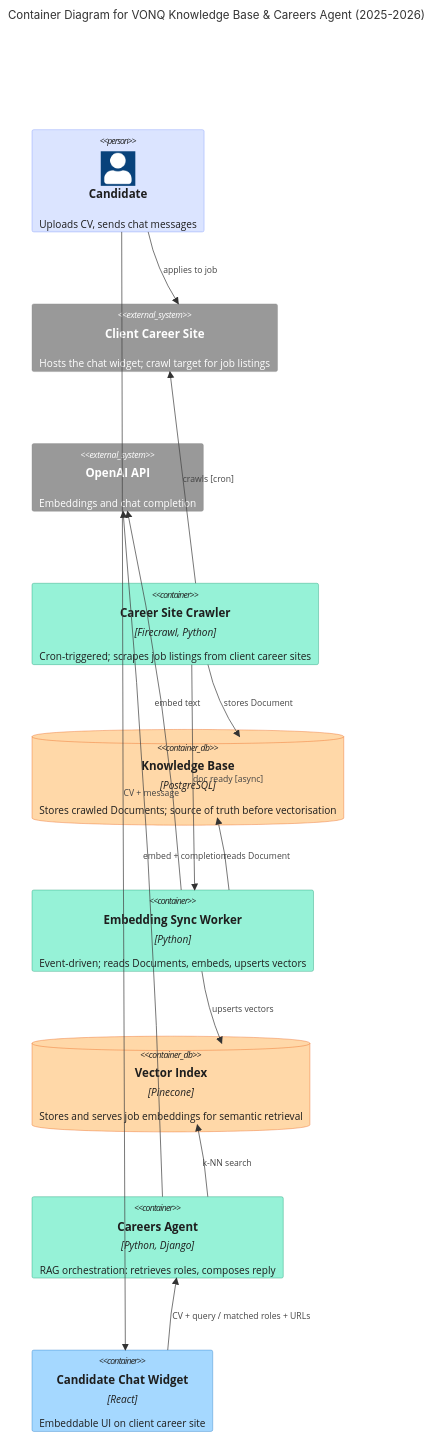
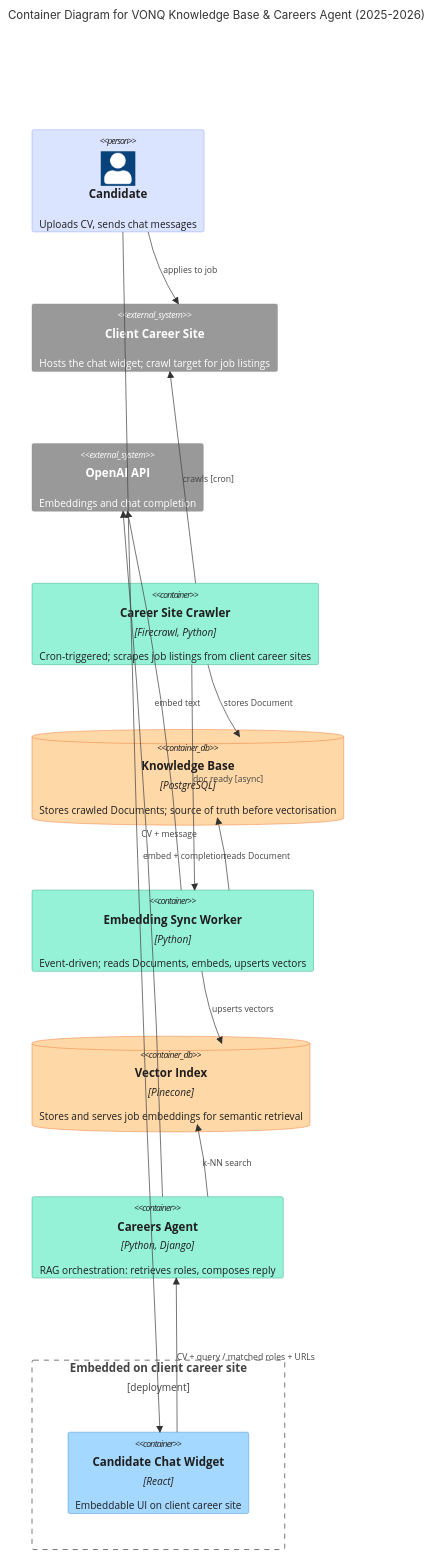
One commit to cmin764/portfolio changed the diagram in src/diagrams/vonq-knowledge-base.md. Above: the diagram before and after it, drawn with Mermaid. The commit also changed other lines of this file and 1 other file, not shown here.

First line of the commit message:
Add Boundary wrappers to TrueStory and Knowledge Base Mermaid sources

````diff
--- a/src/diagrams/vonq-knowledge-base.md
+++ b/src/diagrams/vonq-knowledge-base.md
@@ -29,39 +31,41 @@
 ```mermaid
 C4Container
   title Container Diagram for VONQ Knowledge Base & Careers Agent (2025-2026)
 
   UpdateLayoutConfig($c4ShapeInRow="3", $c4BoundaryInRow="1")
 
   Person(candidate, "Candidate", "Uploads CV, sends chat messages")
 
   System_Ext(clientSite, "Client Career Site", "Hosts the chat widget; crawl target for job listings")
   System_Ext(openai, "OpenAI API", "Embeddings and chat completion")
 
   Container(crawler, "Career Site Crawler", "Firecrawl, Python", "Cron-triggered; scrapes job listings from client career sites")
   ContainerDb(kb, "Knowledge Base", "PostgreSQL", "Stores crawled Documents; source of truth before vectorisation")
   Container(syncer, "Embedding Sync Worker", "Python", "Event-driven; reads Documents, embeds, upserts vectors")
   ContainerDb(pinecone, "Vector Index", "Pinecone", "Stores and serves job embeddings for semantic retrieval")
   Container(agent, "Careers Agent", "Python, Django", "RAG orchestration: retrieves roles, composes reply")
-  Container(widget, "Candidate Chat Widget", "React", "Embeddable UI on client career site")
+  Boundary(clientEmbed, "Embedded on client career site", "deployment") {
+    Container(widget, "Candidate Chat Widget", "React", "Embeddable UI on client career site")
+  }
 
   Rel_U(crawler, clientSite, "crawls [cron]")
   Rel_R(crawler, kb, "stores Document")
   Rel_R(crawler, syncer, "doc ready [async]")
   Rel_L(syncer, kb, "reads Document")
   Rel_R(syncer, openai, "embed text")
   Rel_D(syncer, pinecone, "upserts vectors")
 
   Rel_L(candidate, widget, "CV + message")
   Rel_U(widget, agent, "CV + query / matched roles + URLs")
   Rel_U(agent, openai, "embed + completion")
   Rel_L(agent, pinecone, "k-NN search")
   Rel_U(candidate, clientSite, "applies to job")
 
   UpdateElementStyle(candidate, $fontColor="#1e1e1e", $bgColor="#dbe4ff", $borderColor="#748ffc")
   UpdateElementStyle(widget, $fontColor="#1e1e1e", $bgColor="#a5d8ff", $borderColor="#1971c2")
   UpdateElementStyle(crawler, $fontColor="#1e1e1e", $bgColor="#96f2d7", $borderColor="#099268")
   UpdateElementStyle(syncer, $fontColor="#1e1e1e", $bgColor="#96f2d7", $borderColor="#099268")
   UpdateElementStyle(agent, $fontColor="#1e1e1e", $bgColor="#96f2d7", $borderColor="#099268")
   UpdateElementStyle(kb, $fontColor="#1e1e1e", $bgColor="#ffd8a8", $borderColor="#e8590c")
   UpdateElementStyle(pinecone, $fontColor="#1e1e1e", $bgColor="#ffd8a8", $borderColor="#e8590c")
 ```
````
